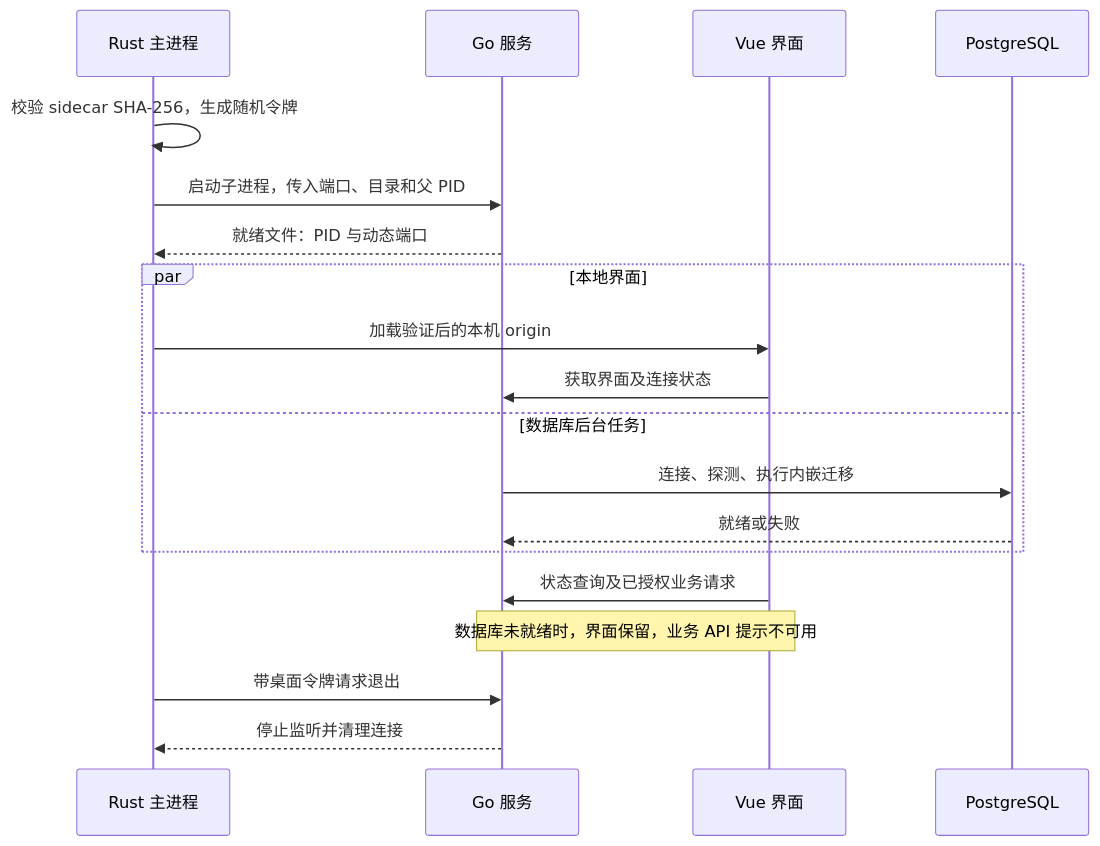
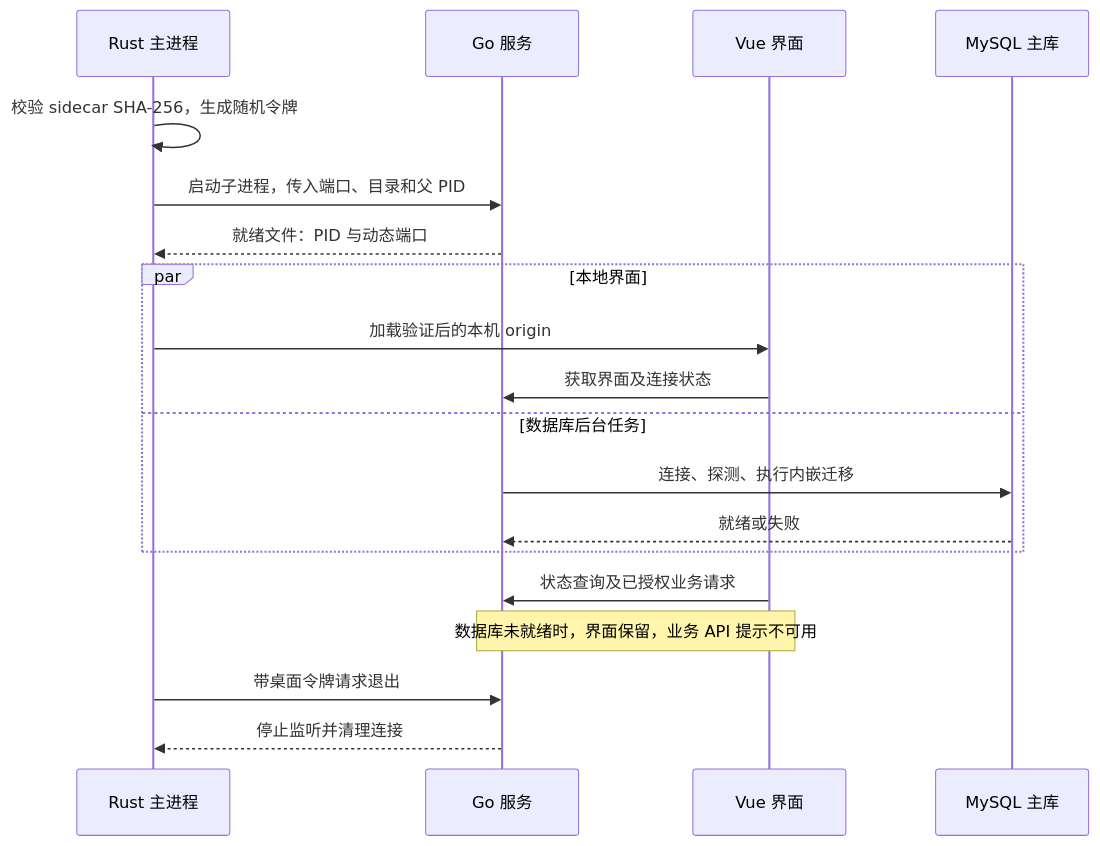
Before and after one commit to WatchTestCs/smart-elderly-watch-management: the first of 2 diagrams in docs/ARCHITECTURE.md, drawn with Mermaid. The commit also changed other lines of this file and 108 other files, not shown here.

````diff
--- a/docs/ARCHITECTURE.md
+++ b/docs/ARCHITECTURE.md
@@ -19,21 +21,21 @@
 ```mermaid
 sequenceDiagram
   participant R as Rust 主进程
   participant G as Go 服务
   participant V as Vue 界面
-  participant P as PostgreSQL
+  participant P as MySQL 主库
   R->>R: 校验 sidecar SHA-256，生成随机令牌
   R->>G: 启动子进程，传入端口、目录和父 PID
   G-->>R: 就绪文件：PID 与动态端口
   par 本地界面
     R->>V: 加载验证后的本机 origin
     V->>G: 获取界面及连接状态
   and 数据库后台任务
     G->>P: 连接、探测、执行内嵌迁移
     P-->>G: 就绪或失败
   end
   V->>G: 状态查询及已授权业务请求
   Note over V,G: 数据库未就绪时，界面保留，业务 API 提示不可用
   R->>G: 带桌面令牌请求退出
   G-->>R: 停止监听并清理连接
 ```
````
